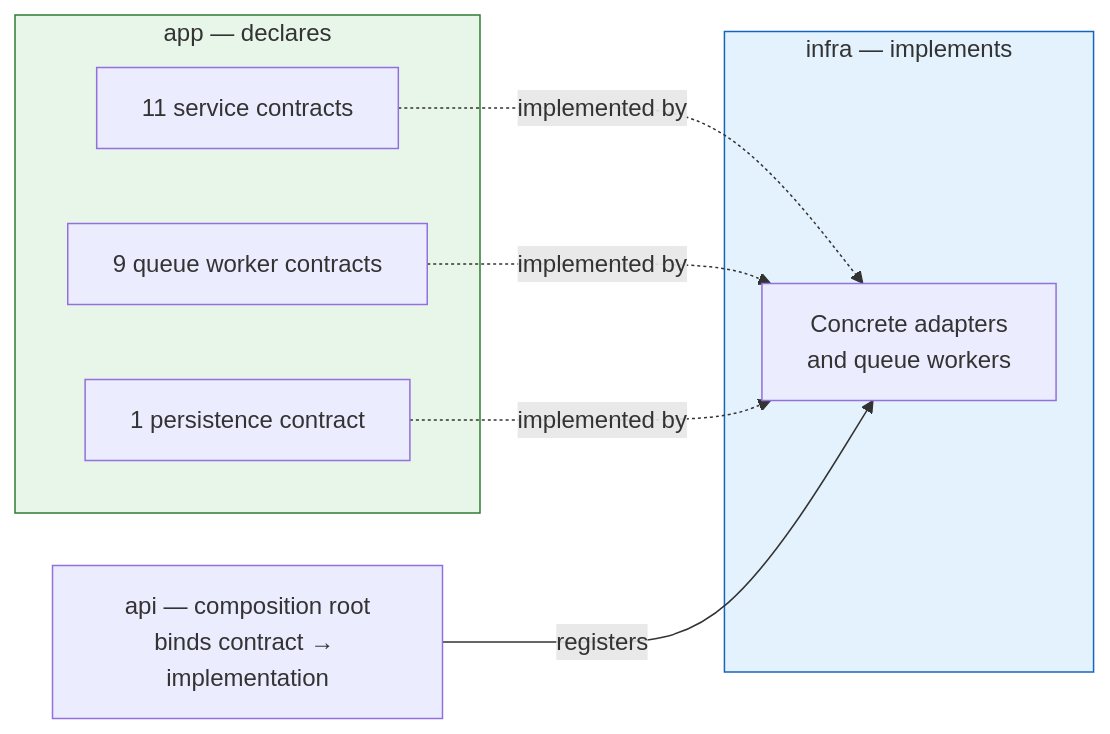
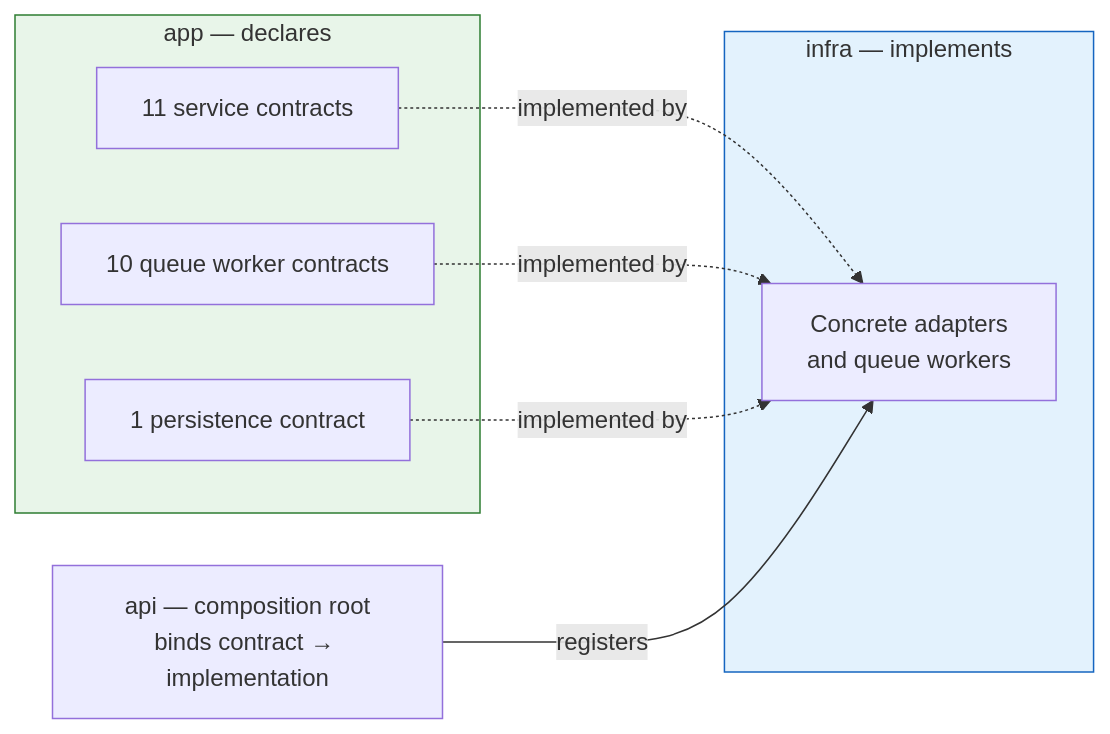
One commit to Datnguynx110605/Bump_Server changed the first of 5 diagrams in doc/architecture.md. Above: the diagram before and after it, drawn with Mermaid. The commit also changed other lines of this file and 6 other files, not shown here.

````diff
--- a/doc/architecture.md
+++ b/doc/architecture.md
@@ -55,22 +55,22 @@
 ```mermaid
 graph LR
     subgraph app["app — declares"]
         ipers["1 persistence contract"]
-        iqueue["9 queue worker contracts"]
+        iqueue["10 queue worker contracts"]
         isvc["11 service contracts"]
     end
 
     subgraph infra["infra — implements"]
         impl["Concrete adapters<br/>and queue workers"]
     end
 
     root["api — composition root<br/>binds contract → implementation"]
 
     isvc -.->|"implemented by"| impl
     iqueue -.->|"implemented by"| impl
     ipers -.->|"implemented by"| impl
     root -->|"registers"| impl
 
     style app fill:#e8f5e9,stroke:#2e7d32
     style infra fill:#e3f2fd,stroke:#1565c0
 ```
````
